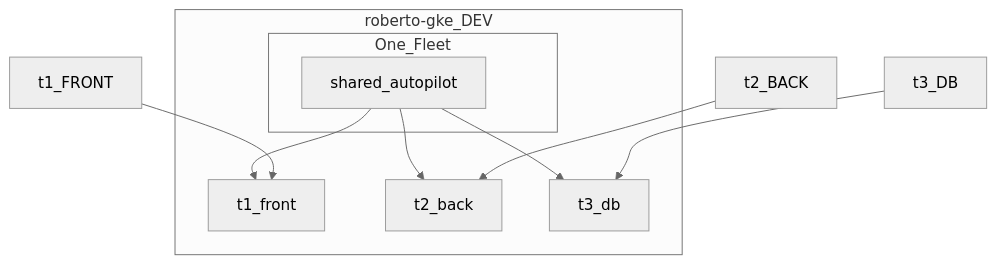
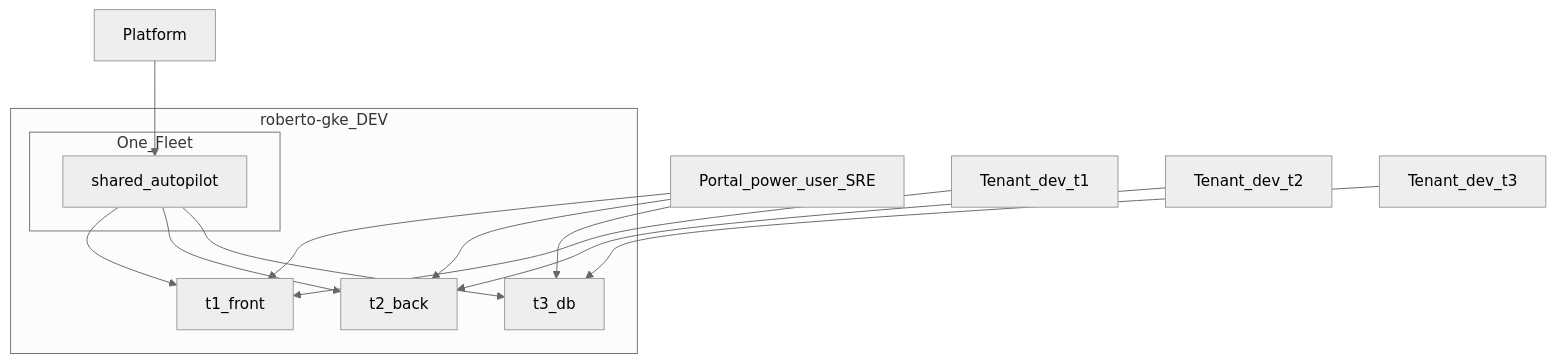
One commit to crobai/gke-fabric-demo changed the diagram in docs/IDP-GKE-POC-FLEETS-TENANTS.md. Above: the diagram before and after it, drawn with Mermaid (neutral theme). The commit also changed other lines of this file and 16 other files, not shown here.

Commit message:
Add demo tenant guardrails (Power-user owned)

````diff
--- a/docs/IDP-GKE-POC-FLEETS-TENANTS.md
+++ b/docs/IDP-GKE-POC-FLEETS-TENANTS.md
@@ -22,14 +23,18 @@
 ```mermaid
 flowchart TB
   subgraph project [roberto-gke_DEV]
     subgraph fleet [One_Fleet]
       c1[shared_autopilot]
     end
     c1 --> ns1[t1_front]
     c1 --> ns2[t2_back]
     c1 --> ns3[t3_db]
   end
-  t1[t1_FRONT] --> ns1
-  t2[t2_BACK] --> ns2
-  t3[t3_DB] --> ns3
+  plat[Platform] --> c1
+  sre[Portal_power_user_SRE] --> ns1
+  sre --> ns2
+  sre --> ns3
+  t1[Tenant_dev_t1] --> ns1
+  t2[Tenant_dev_t2] --> ns2
+  t3[Tenant_dev_t3] --> ns3
 ```
````
